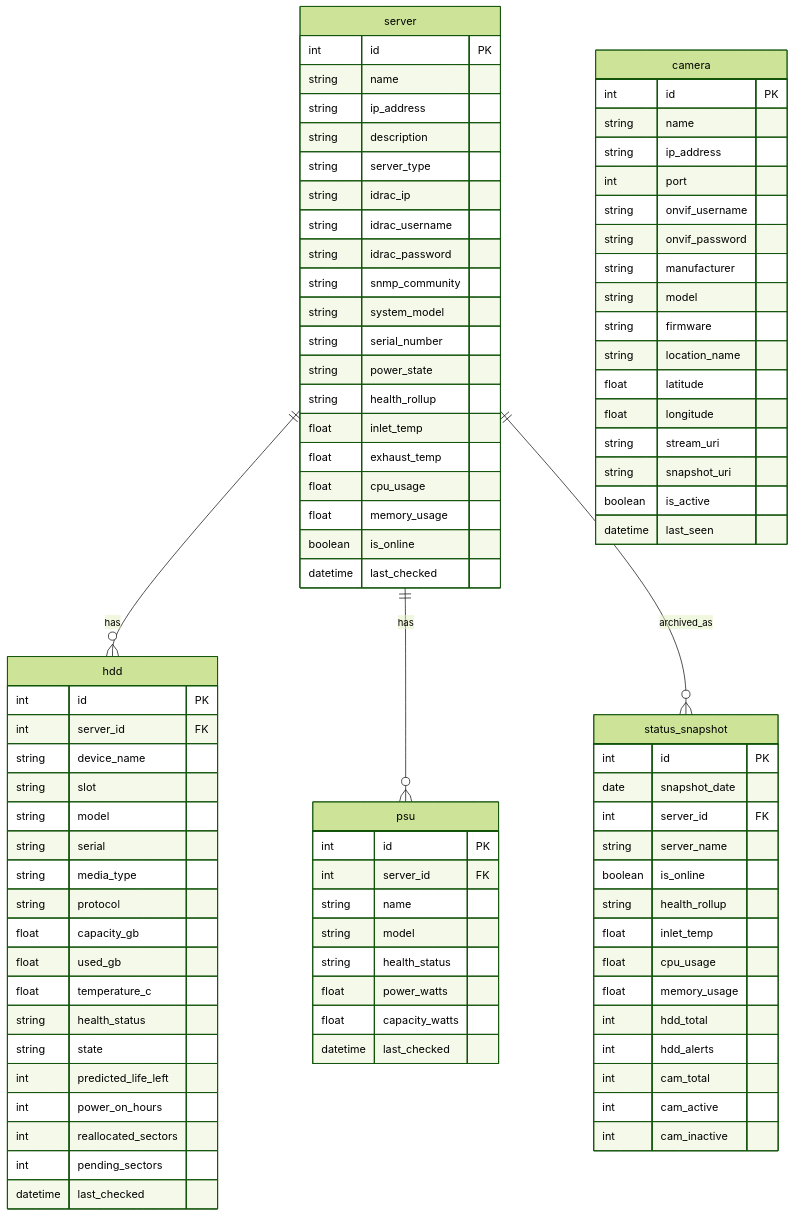
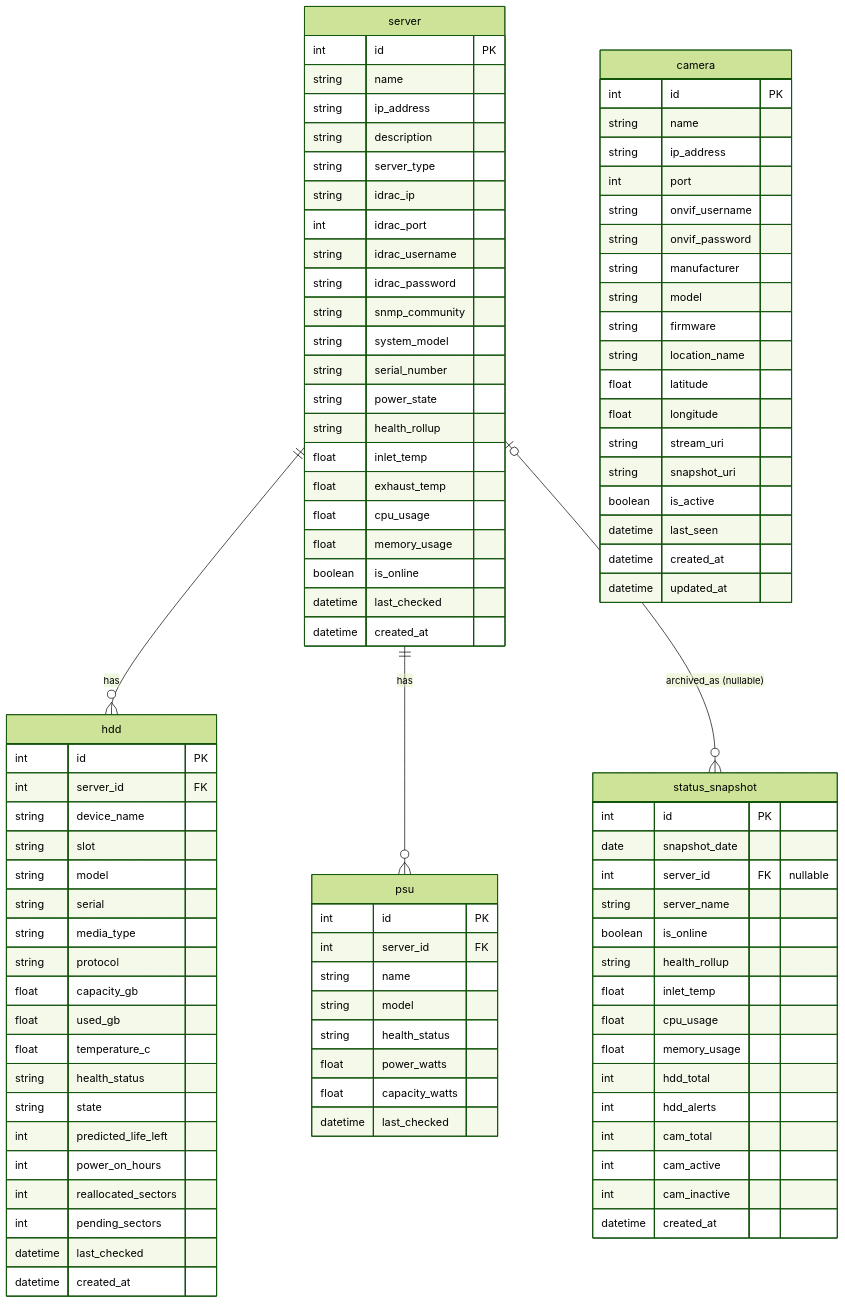
Before and after one commit to nurfauziskandar/Dashboard-CCTV: the tenth of 10 diagrams in README.md, drawn with Mermaid (forest theme). The commit also changed other lines of this file and 1 other file, not shown here.

First line of the commit message:
docs(readme): update database structure section with accurate schema

````diff
--- a/README.md
+++ b/README.md
@@ -1578,7 +1580,7 @@
 erDiagram
     server ||--o{ hdd : "has"
     server ||--o{ psu : "has"
-    server ||--o{ status_snapshot : "archived_as"
+    server |o--o{ status_snapshot : "archived_as (nullable)"
 
     camera {
         int id PK
@@ -1597,6 +1599,8 @@
         string snapshot_uri
         boolean is_active
         datetime last_seen
+        datetime created_at
+        datetime updated_at
     }
 
     server {
@@ -1606,6 +1610,7 @@
         string description
         string server_type
         string idrac_ip
+        int idrac_port
         string idrac_username
         string idrac_password
         string snmp_community
@@ -1619,6 +1624,7 @@
         float memory_usage
         boolean is_online
         datetime last_checked
+        datetime created_at
     }
 
     hdd {
@@ -1640,6 +1646,7 @@
         int reallocated_sectors
         int pending_sectors
         datetime last_checked
+        datetime created_at
     }
 
     psu {
@@ -1656,7 +1663,7 @@
     status_snapshot {
         int id PK
         date snapshot_date
-        int server_id FK
+        int server_id FK "nullable"
         string server_name
         boolean is_online
         string health_rollup
@@ -1668,5 +1675,6 @@
         int cam_total
         int cam_active
         int cam_inactive
+        datetime created_at
     }
 ```
````
